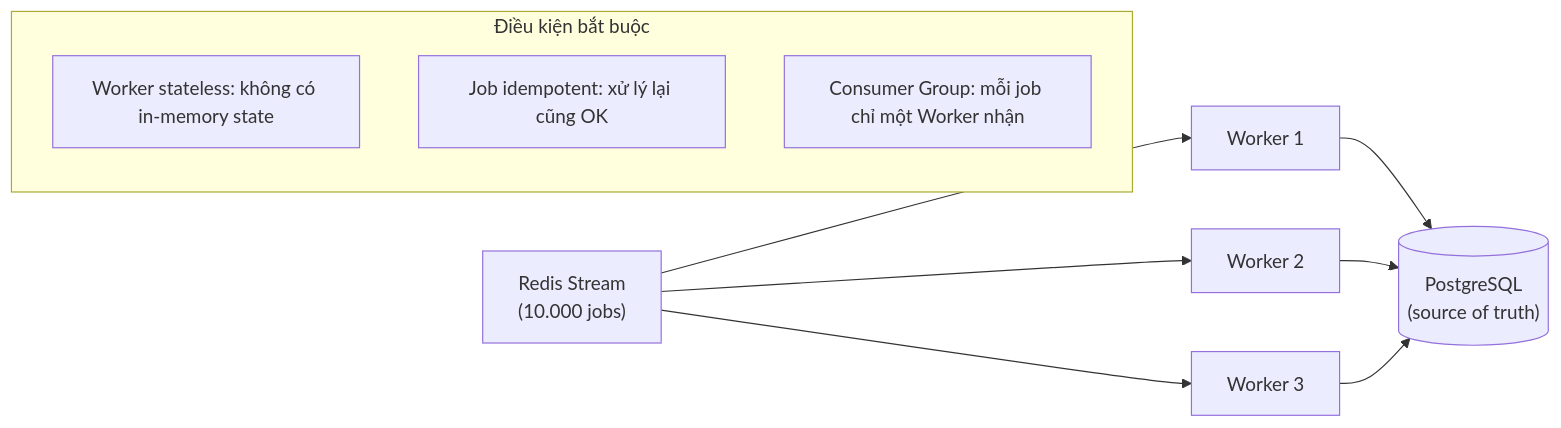
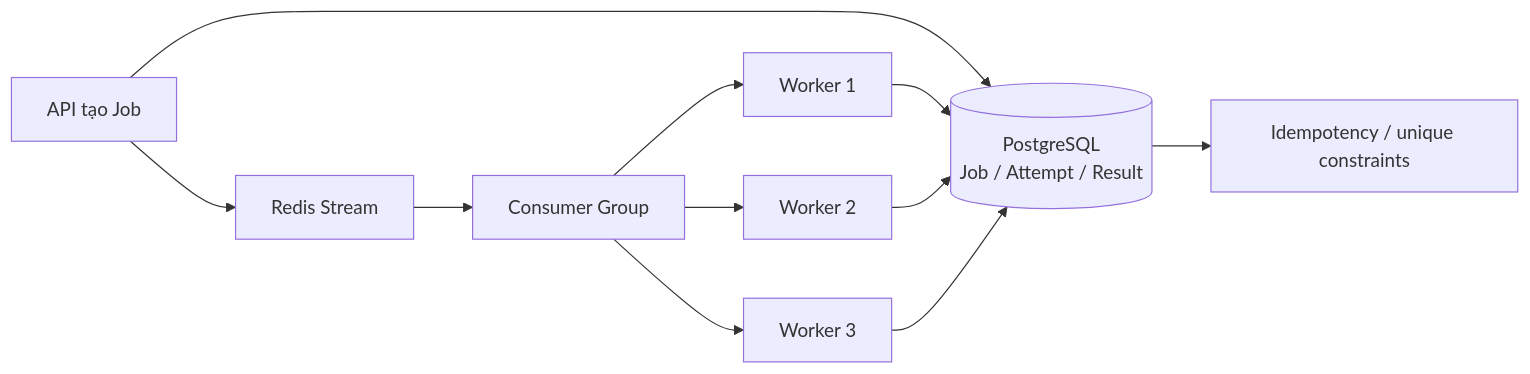
Before and after one commit to PhamVanMinhBinhThuan/crypto-strategy-platform: the diagram in docs/questions/23_worker_stateless_idempotent/answer.md, drawn with Mermaid. The commit also changed other lines of this file and 46 other files, not shown here.

Commit message:
docs: merge architecture question guides

````diff
--- a/docs/questions/23_worker_stateless_idempotent/answer.md
+++ b/docs/questions/23_worker_stateless_idempotent/answer.md
@@ -9,15 +15,13 @@
 ```mermaid
 flowchart LR
-    Q["Redis Stream\n(10.000 jobs)"]
-    Q --> W1["Worker 1"]
-    Q --> W2["Worker 2"]
-    Q --> W3["Worker 3"]
-    W1 --> DB[("PostgreSQL\n(source of truth)")]
+    API["API tạo Job"] --> DB[("PostgreSQL\nJob / Attempt / Result")]
+    API --> Q["Redis Stream"]
+    Q --> CG["Consumer Group"]
+    CG --> W1["Worker 1"]
+    CG --> W2["Worker 2"]
+    CG --> W3["Worker 3"]
+    W1 --> DB
     W2 --> DB
     W3 --> DB
-    subgraph CONDITIONS["Điều kiện bắt buộc"]
-        C1["Worker stateless: không có in-memory state"]
-        C2["Job idempotent: xử lý lại cũng OK"]
-        C3["Consumer Group: mỗi job chỉ một Worker nhận"]
-    end
+    DB --> DEDUP["Idempotency / unique constraints"]
 ```
````
